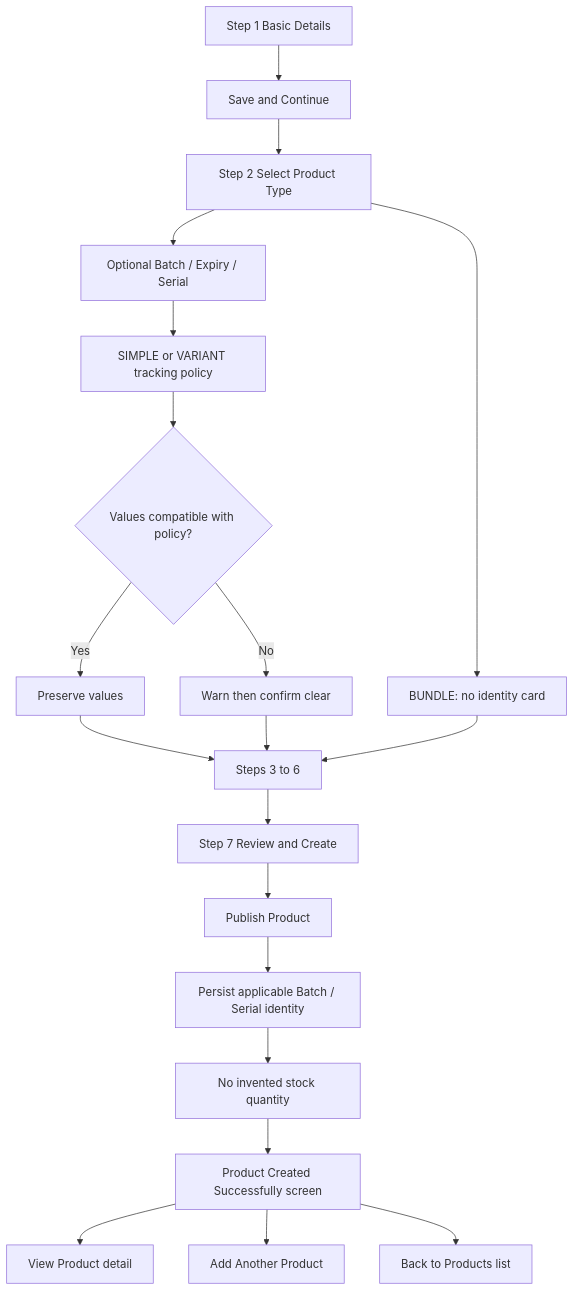
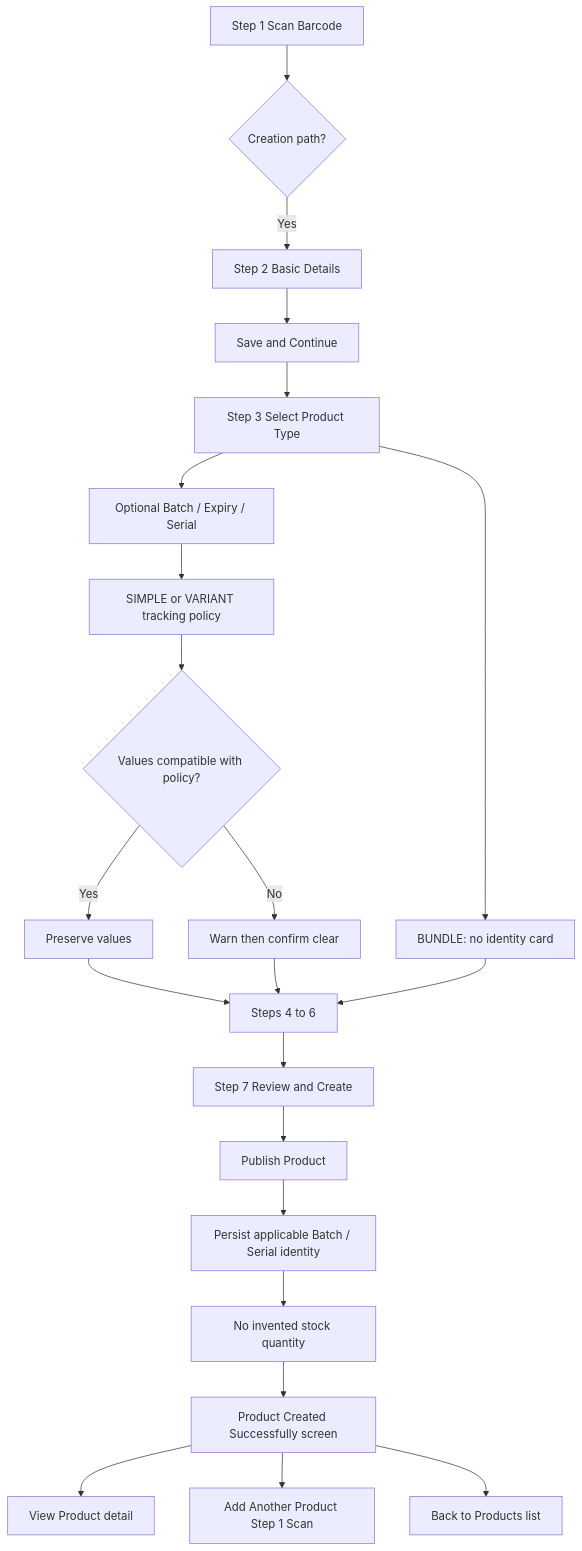
Before and after one commit to unicomproject/Pos-system-Knowledge: the diagram in 03_USER_JOURNEYS/Tenant_Admin/09_Product_Management_Flow.md, drawn with Mermaid. The commit also changed other lines of this file and 84 other files, not shown here.

Commit message:
scan barcode

````diff
--- a/03_USER_JOURNEYS/Tenant_Admin/09_Product_Management_Flow.md
+++ b/03_USER_JOURNEYS/Tenant_Admin/09_Product_Management_Flow.md
@@ -128,22 +174,24 @@
 ```mermaid
 flowchart TD
-    A[Step 1 Basic Details] --> C[Save and Continue]
-    C --> D[Step 2 Select Product Type]
+    S1[Step 1 Scan Barcode] --> S1T{Creation path?}
+    S1T -->|Yes| A[Step 2 Basic Details]
+    A --> C[Save and Continue]
+    C --> D[Step 3 Select Product Type]
     D --> B[Optional Batch / Expiry / Serial]
     D --> J[BUNDLE: no identity card]
     B --> I[SIMPLE or VARIANT tracking policy]
     I --> E{Values compatible with policy?}
     E -->|Yes| F[Preserve values]
     E -->|No| G[Warn then confirm clear]
-    F --> H[Steps 3 to 6]
+    F --> H[Steps 4 to 6]
     G --> H
     J --> H
     H --> R[Step 7 Review and Create]
     R --> P[Publish Product]
     P --> K[Persist applicable Batch / Serial identity]
     K --> L[No invented stock quantity]
     L --> S[Product Created Successfully screen]
     S --> VP[View Product detail]
-    S --> AA[Add Another Product]
+    S --> AA[Add Another Product Step 1 Scan]
     S --> BL[Back to Products list]
 ```
````
